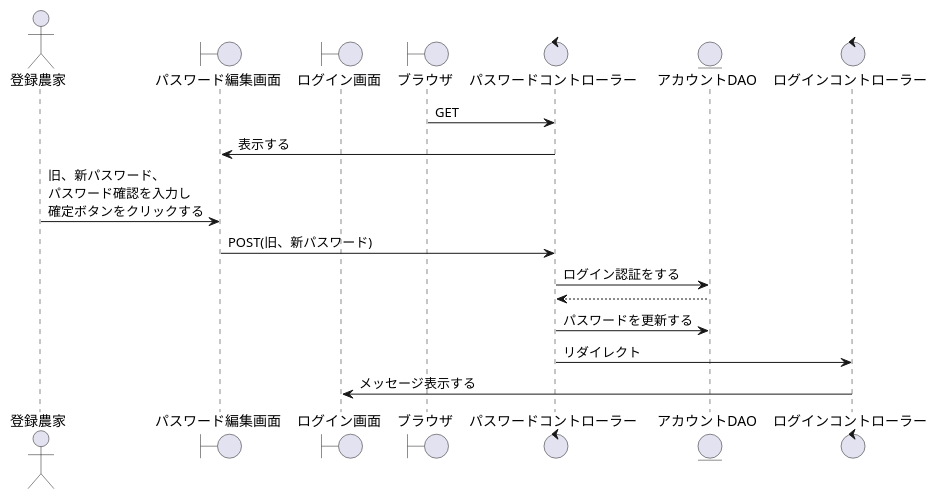
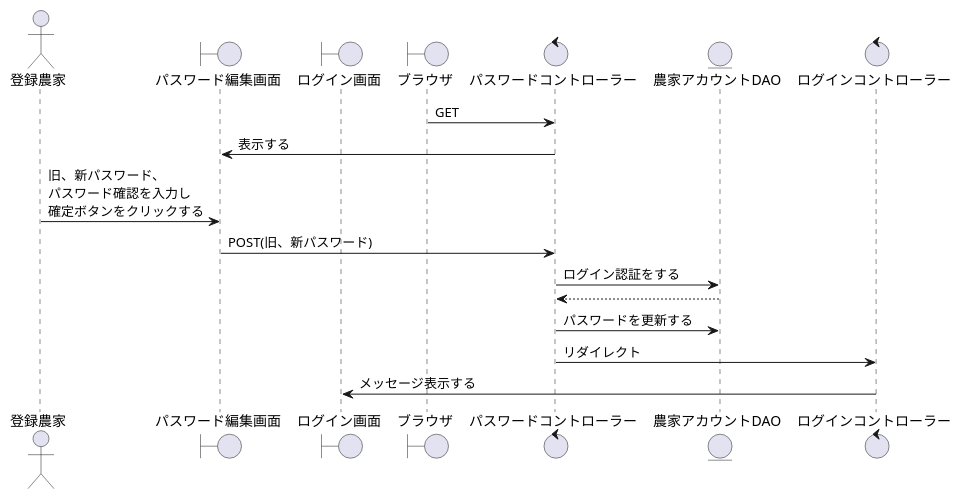
One commit to SK-B-S/PJ changed the diagram in PJ_シーケンス/農家/パスワード変更.wsd. Above: the diagram before and after it, drawn with PlantUML. The commit also changed 6 other files, not shown here.

```diff
--- a/PJ_シーケンス/農家/パスワード変更.wsd
+++ b/PJ_シーケンス/農家/パスワード変更.wsd
@@ -1,23 +1,23 @@
 @startuml パスワード変更
 
 actor    "登録農家" as account
 boundary "パスワード編集画面" as change_password
 boundary "ログイン画面" as loguin_d
 boundary "ブラウザ" as brz
 control  "パスワードコントローラー" as change_password_c
-entity   "アカウントDAO" as account_db
+entity   "農家アカウントDAO" as account_db
 control  "ログインコントローラー" as login
 
 '-------------------------------------------------------------------------------------------
 
 brz ->  change_password_c : GET
 change_password  <-  change_password_c : 表示する
 account -> change_password : 旧、新パスワード、\nパスワード確認を入力し\n確定ボタンをクリックする
 change_password -> change_password_c : POST(旧、新パスワード)
 change_password_c -> account_db : ログイン認証をする
 change_password_c <-- account_db
 change_password_c -> account_db : パスワードを更新する
 change_password_c -> login : リダイレクト
 loguin_d <- login : メッセージ表示する
 
 @enduml
```
